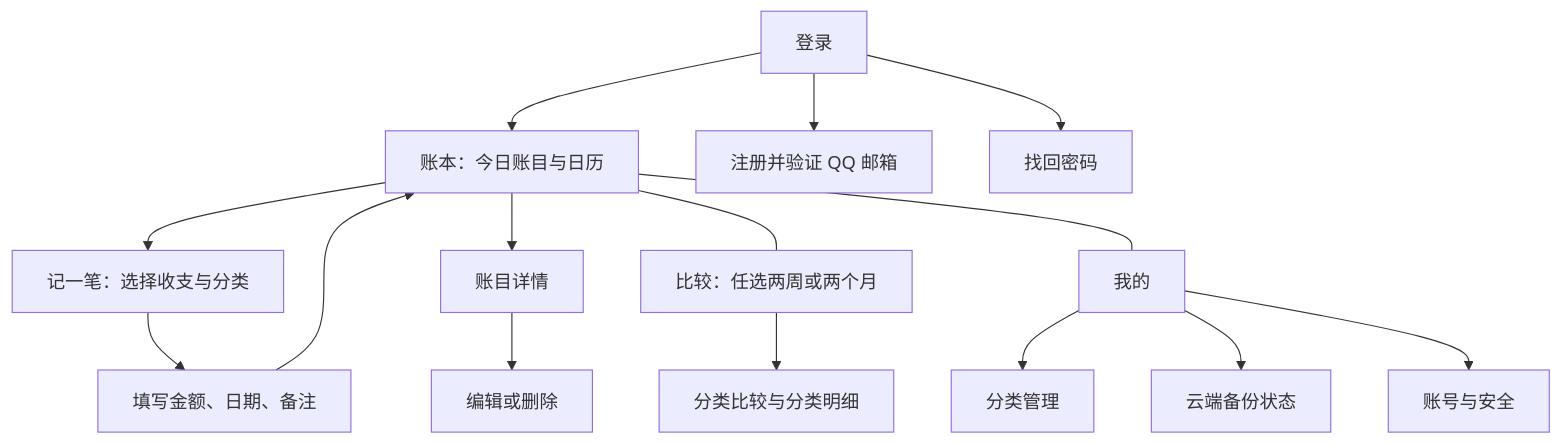
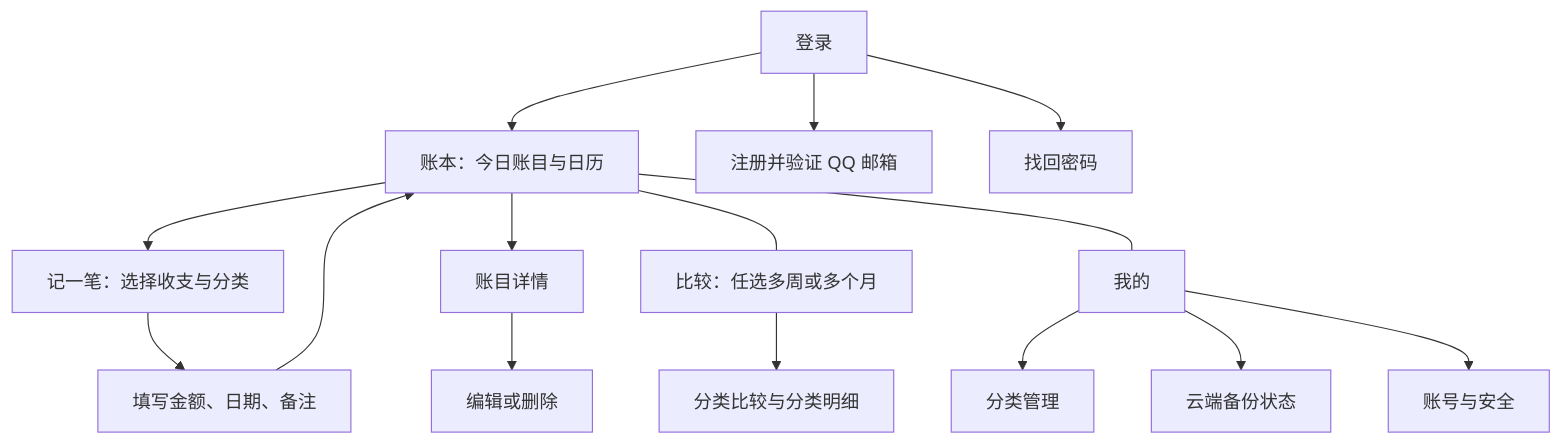
The diagram in 页面结构与交互设计.md (wambiton/daily-ledger), drawn with Mermaid before and after one commit. The commit also changed other lines of this file and 8 other files, not shown here.

````diff
--- a/页面结构与交互设计.md
+++ b/页面结构与交互设计.md
@@ -13,17 +13,17 @@
 ```mermaid
 flowchart TD
     A[登录] --> B[账本：今日账目与日历]
     A --> C[注册并验证 QQ 邮箱]
     A --> D[找回密码]
     B --> E[记一笔：选择收支与分类]
     E --> F[填写金额、日期、备注]
     F --> B
     B --> G[账目详情]
     G --> H[编辑或删除]
-    B --- I[比较：任选两周或两个月]
+    B --- I[比较：任选多周或多个月]
     I --> J[分类比较与分类明细]
     B --- K[我的]
     K --> L[分类管理]
     K --> M[云端备份状态]
     K --> N[账号与安全]
 ```
````
